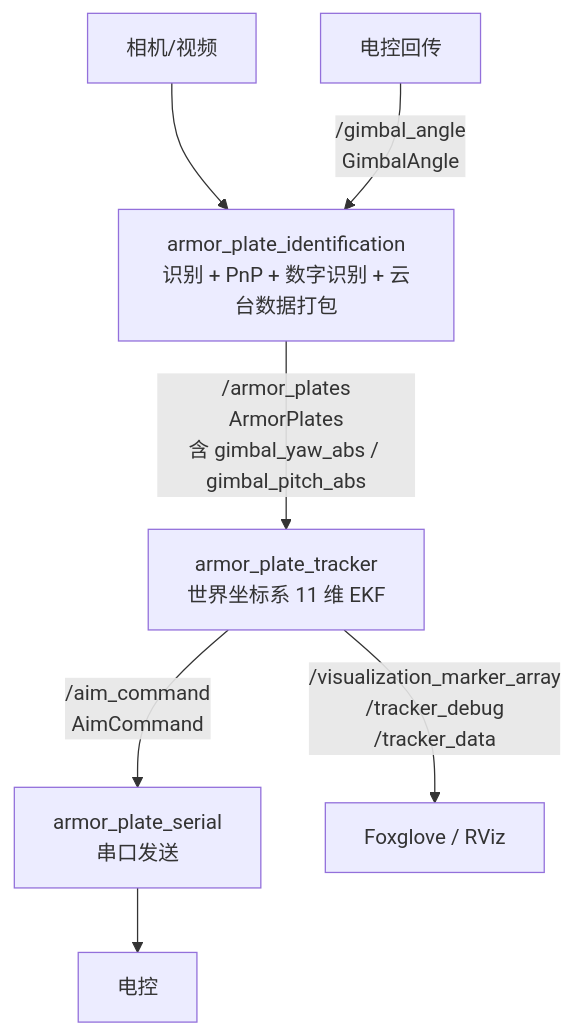
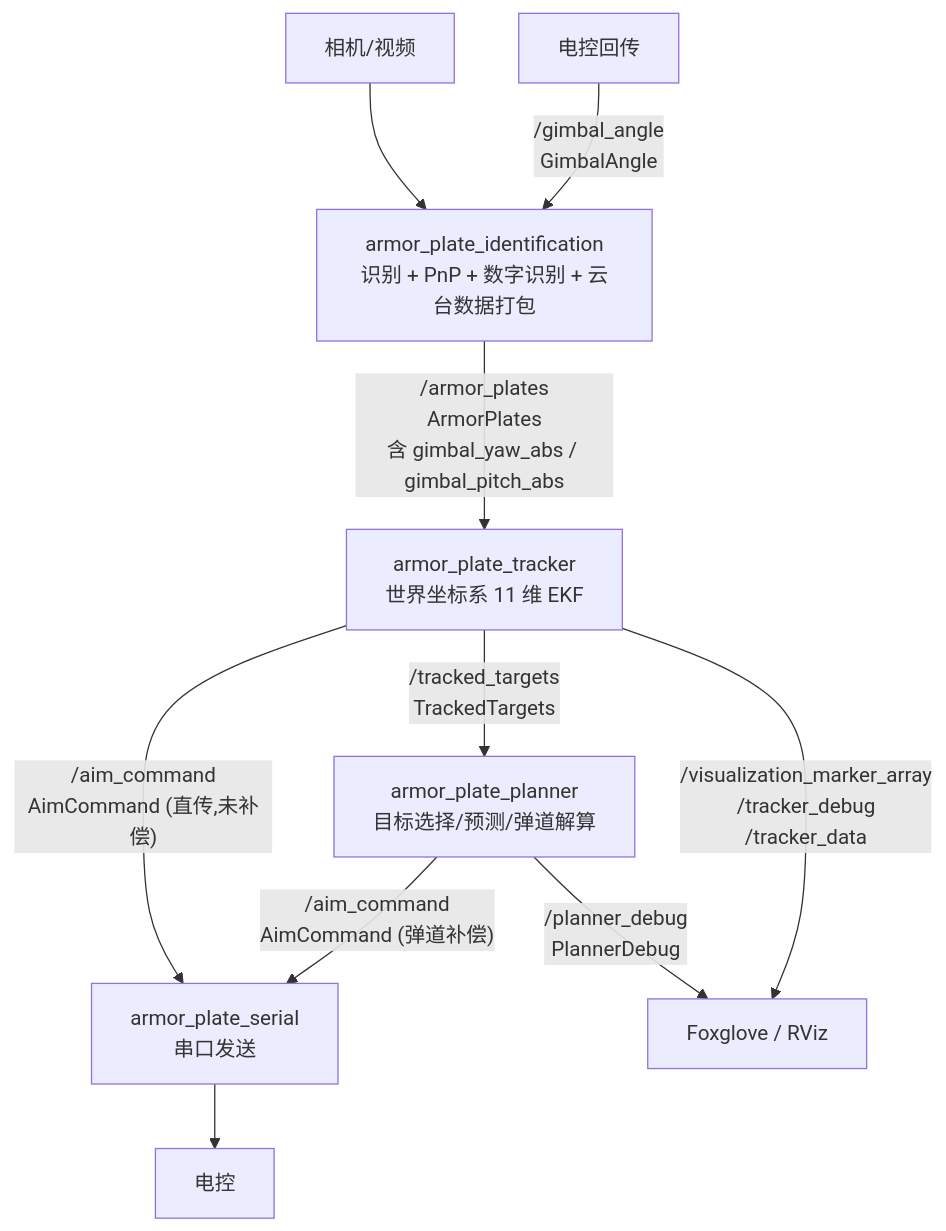
One commit to MinZhi624/Visual-Translationo changed the diagram in ReadMe.md. Above: the diagram before and after it, drawn with Mermaid. The commit also changed other lines of this file and 4 other files, not shown here.

````diff
--- a/ReadMe.md
+++ b/ReadMe.md
@@ -17,9 +17,12 @@
 ```mermaid
 flowchart TD
     camera["相机/视频"] --> identification["armor_plate_identification<br/>识别 + PnP + 数字识别 + 云台数据打包"]
     ec_feedback["电控回传"] -->|"/gimbal_angle<br/>GimbalAngle"| identification
     identification -->|"/armor_plates<br/>ArmorPlates<br/>含 gimbal_yaw_abs / gimbal_pitch_abs"| tracker["armor_plate_tracker<br/>世界坐标系 11 维 EKF"]
-    tracker -->|"/aim_command<br/>AimCommand"| serial["armor_plate_serial<br/>串口发送"]
-    tracker -->|"/visualization_marker_array<br/>/tracker_debug<br/>/tracker_data"| visual["Foxglove / RViz"]
+    tracker -->|"/tracked_targets<br/>TrackedTargets"| planner["armor_plate_planner<br/>目标选择/预测/弹道解算"]
+    tracker -->|"/aim_command<br/>AimCommand (直传,未补偿)"| serial["armor_plate_serial<br/>串口发送"]
+    planner -->|"/aim_command<br/>AimCommand (弹道补偿)"| serial
+    planner -->|"/planner_debug<br/>PlannerDebug"| visual["Foxglove / RViz"]
+    tracker -->|"/visualization_marker_array<br/>/tracker_debug<br/>/tracker_data"| visual
     serial --> ec["电控"]
 ```
````
